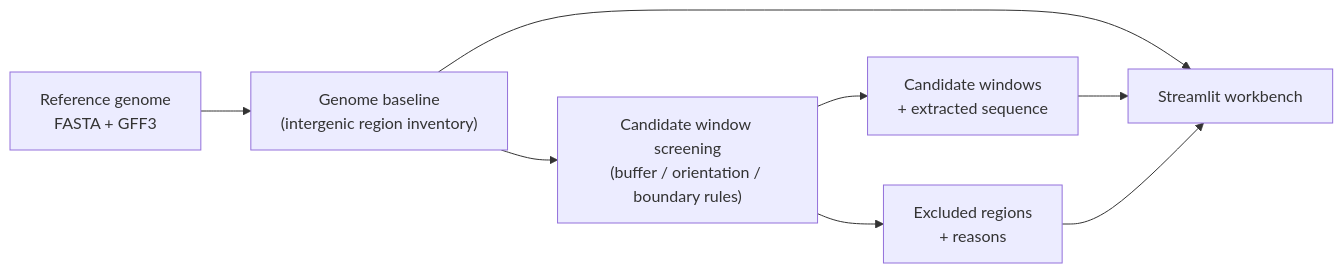
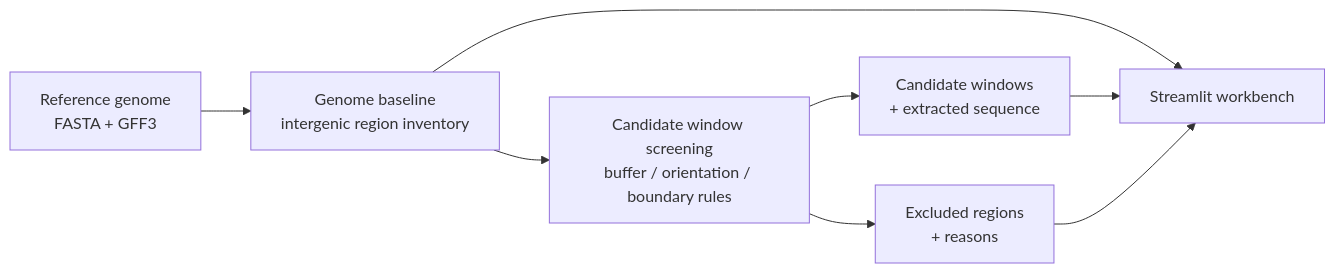
Before and after one commit to 77652189/PichiaSafeHarbor: the first of 2 diagrams in README.md, drawn with Mermaid. The commit also changed other lines of this file and 1 other file, not shown here.

First line of the commit message:
Fix Mermaid diagrams not rendering on GitHub

````diff
--- a/README.md
+++ b/README.md
@@ -37,10 +37,10 @@
 ```mermaid
 flowchart LR
-    A["Reference genome\nFASTA + GFF3"] --> B["Genome baseline\n(intergenic region inventory)"]
-    B --> C["Candidate window screening\n(buffer / orientation / boundary rules)"]
-    C --> D["Candidate windows\n+ extracted sequence"]
-    C --> E["Excluded regions\n+ reasons"]
+    A["Reference genome<br/>FASTA + GFF3"] --> B["Genome baseline<br/>intergenic region inventory"]
+    B --> C["Candidate window screening<br/>buffer / orientation / boundary rules"]
+    C --> D["Candidate windows<br/>+ extracted sequence"]
+    C --> E["Excluded regions<br/>+ reasons"]
     B --> F["Streamlit workbench"]
     D --> F
     E --> F
 ```
````
